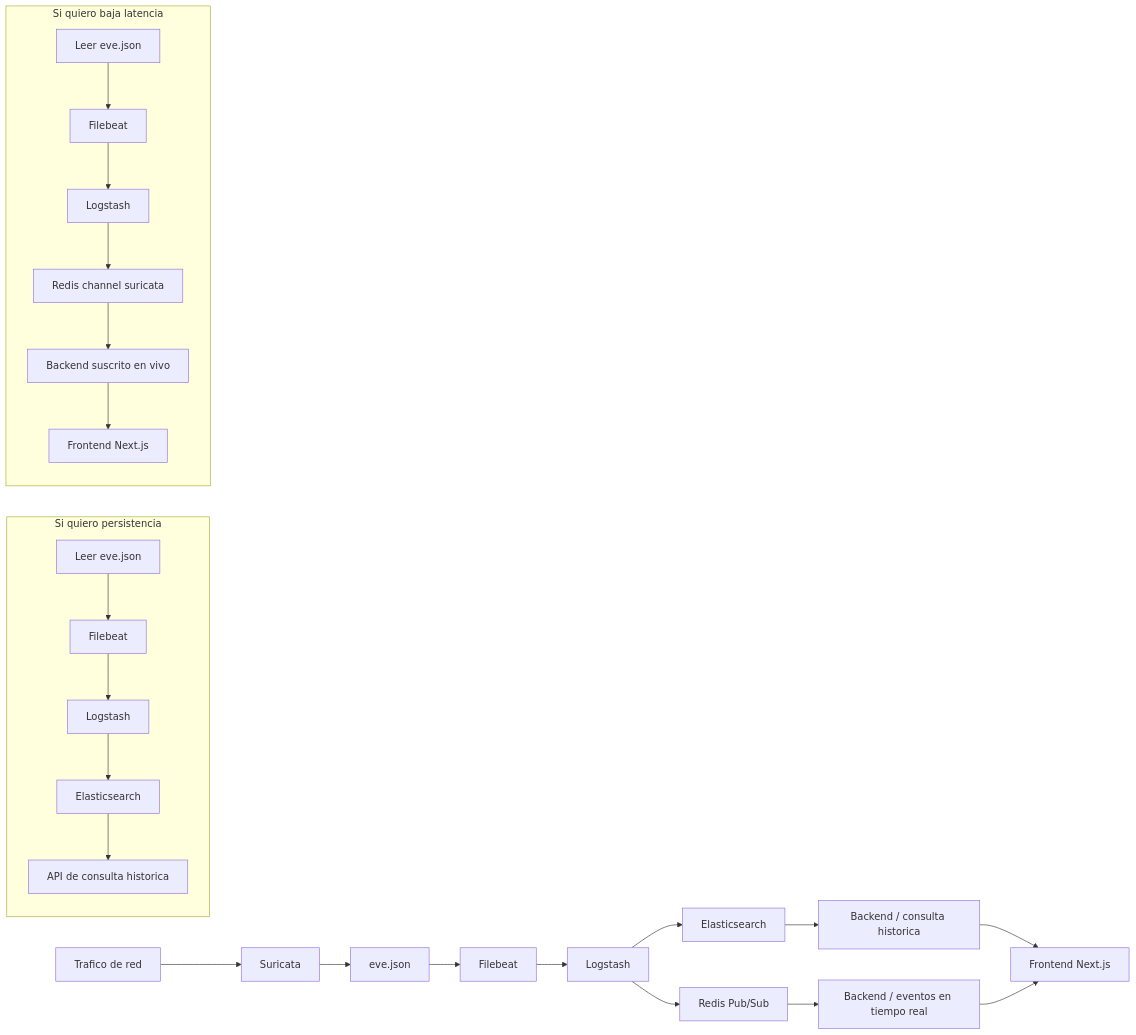
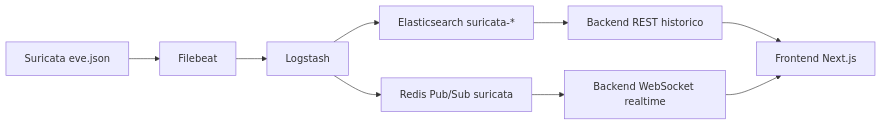
One commit to MauricioDMO/LPP0-P10-Sistema-Inteligente-de-Detecci-n-de-Intrusiones changed the diagram in Docs/01-Arquitectura/Flujo-y-Backend.md. Above: the diagram before and after it, drawn with Mermaid. The commit also changed other lines of this file and 20 other files, not shown here.

````diff
--- a/Docs/01-Arquitectura/Flujo-y-Backend.md
+++ b/Docs/01-Arquitectura/Flujo-y-Backend.md
@@ -5,28 +7,11 @@
 ```mermaid
 flowchart LR
-    A[Trafico de red] --> B[Suricata]
-    B --> C[eve.json]
-    C --> D[Filebeat]
-    D --> E[Logstash]
-    E --> F[Elasticsearch]
-    E --> G[Redis Pub/Sub]
-    F --> H[Backend / consulta historica]
-    G --> I[Backend / eventos en tiempo real]
-    H --> K[Frontend Next.js]
-    I --> K
-
-    subgraph Persistencia[Si quiero persistencia]
-        C1[Leer eve.json] --> D1[Filebeat]
-        D1 --> E1[Logstash]
-        E1 --> F1[Elasticsearch]
-        F1 --> H1[API de consulta historica]
-    end
-
-    subgraph BajaLatencia[Si quiero baja latencia]
-        C2[Leer eve.json] --> D2[Filebeat]
-        D2 --> E2[Logstash]
-        E2 --> G2[Redis channel suricata]
-        G2 --> I2[Backend suscrito en vivo]
-        I2 --> J2[Frontend Next.js]
-    end
+    A[Suricata eve.json] --> B[Filebeat]
+    B --> C[Logstash]
+    C --> D[Elasticsearch suricata-*]
+    C --> E[Redis Pub/Sub suricata]
+    D --> F[Backend REST historico]
+    E --> G[Backend WebSocket realtime]
+    F --> H[Frontend Next.js]
+    G --> H
 ```
````
